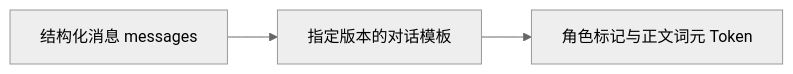
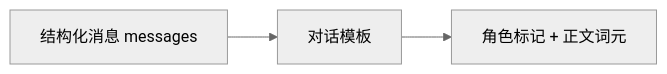
The first of 3 diagrams in 2. Alignment 与训练工程/4. 监督微调（SFT）——指令跟随能力的训练.md (AI-learning-simple/Build-Your-Own-LLM), drawn with Mermaid (neutral theme) before and after one commit. The commit also changed other lines of this file and 65 other files, not shown here.

````diff
--- a/2. Alignment 与训练工程/4. 监督微调（SFT）——指令跟随能力的训练.md
+++ b/2. Alignment 与训练工程/4. 监督微调（SFT）——指令跟随能力的训练.md
@@ -98,4 +99,4 @@
 ```mermaid
 flowchart LR
-    A[结构化消息 messages] --> B[指定版本的对话模板] --> C[角色标记与正文词元 Token]
+    A[结构化消息 messages] --> B[对话模板] --> C[角色标记 + 正文词元]
 ```
````
